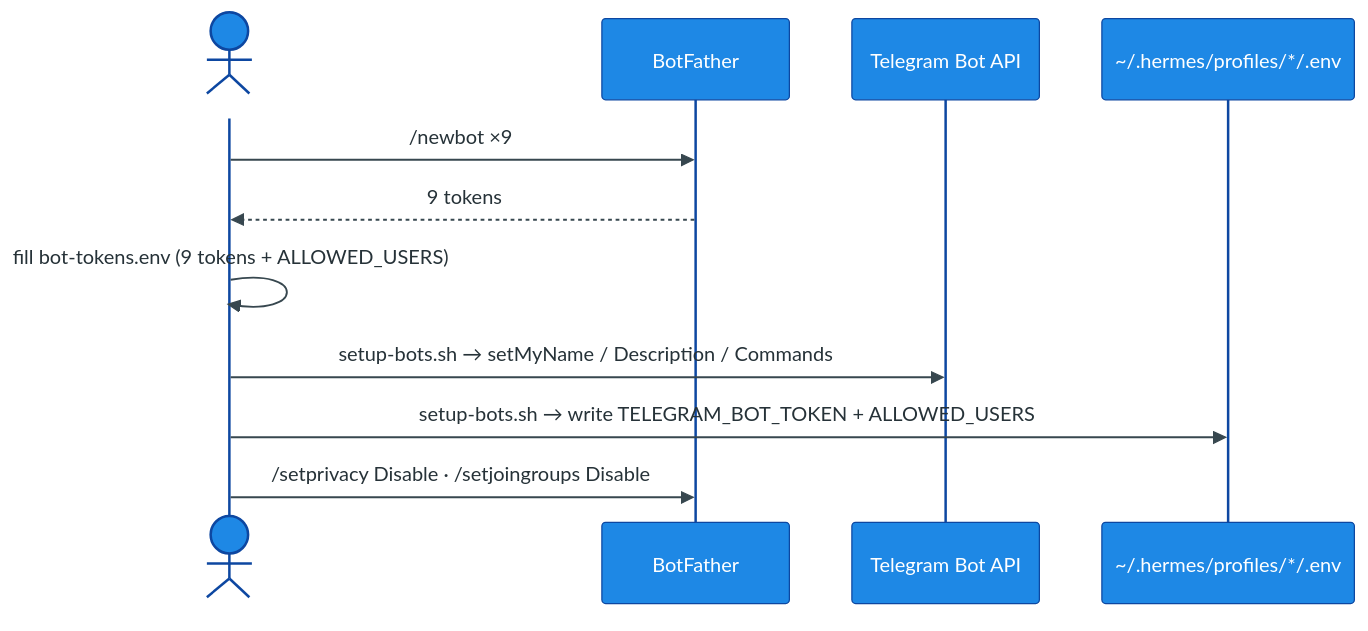
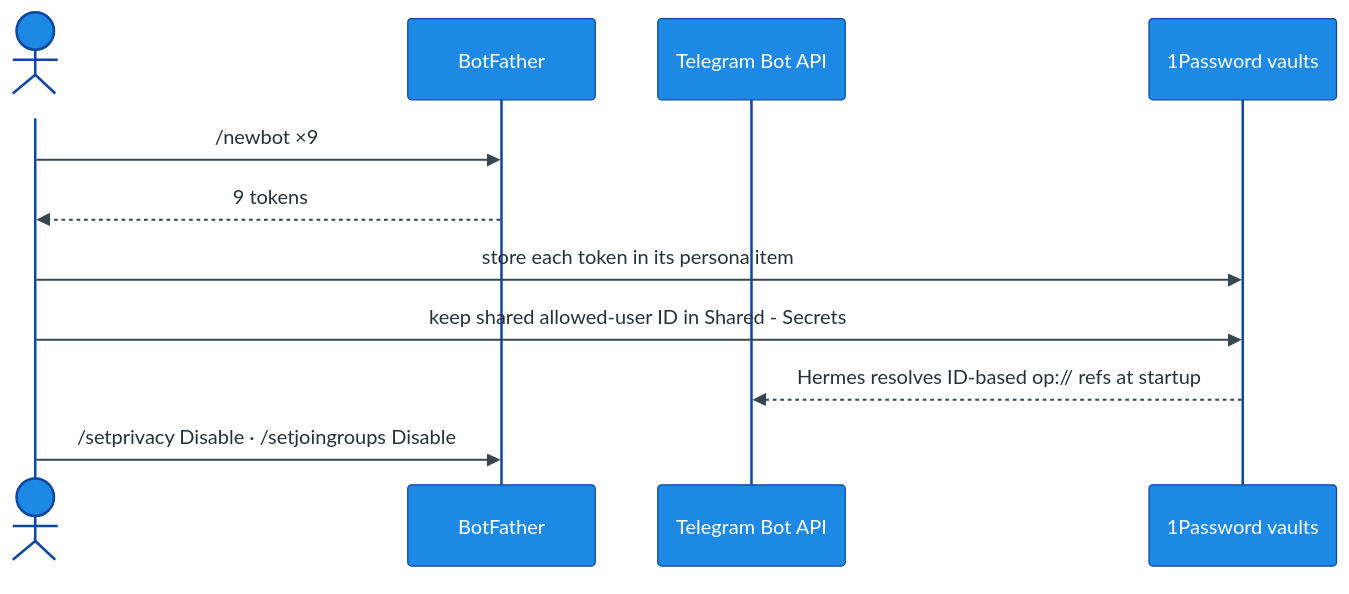
One commit to mpolatcan/hermes-setup changed the diagram in docs/03-telegram-bots.md. Above: the diagram before and after it, drawn with Mermaid. The commit also changed other lines of this file and 13 other files, not shown here.

````diff
--- a/docs/03-telegram-bots.md
+++ b/docs/03-telegram-bots.md
@@ -7,14 +7,14 @@
 ```mermaid
 %%{init: {'theme':'base','themeVariables':{'actorBkg':'#1E88E5','actorBorder':'#0D47A1','actorTextColor':'#ffffff','signalColor':'#37474F','signalTextColor':'#263238','noteBkgColor':'#FFF3E0','noteBorderColor':'#FFB74D','noteTextColor':'#E65100','sequenceNumberColor':'#ffffff'}}}%%
 sequenceDiagram
     actor You
     participant BF as BotFather
     participant API as Telegram Bot API
-    participant ENV as ~/.hermes/profiles/*/.env
+    participant OP as 1Password vaults
     You->>BF: /newbot ×9
     BF-->>You: 9 tokens
-    You->>You: fill bot-tokens.env (9 tokens + ALLOWED_USERS)
-    You->>API: setup-bots.sh → setMyName / Description / Commands
-    You->>ENV: setup-bots.sh → write TELEGRAM_BOT_TOKEN + ALLOWED_USERS
+    You->>OP: store each token in its persona item
+    You->>OP: keep shared allowed-user ID in Shared - Secrets
+    OP-->>API: Hermes resolves ID-based op:// refs at startup
     You->>BF: /setprivacy Disable · /setjoingroups Disable
 ```
````
